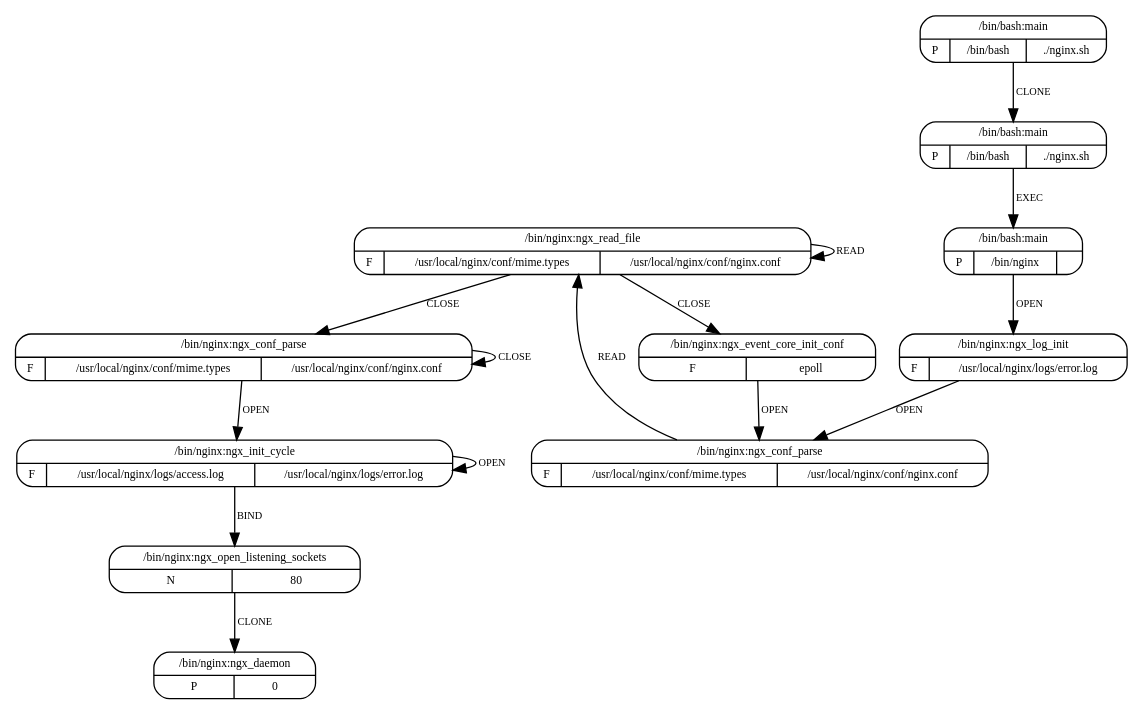
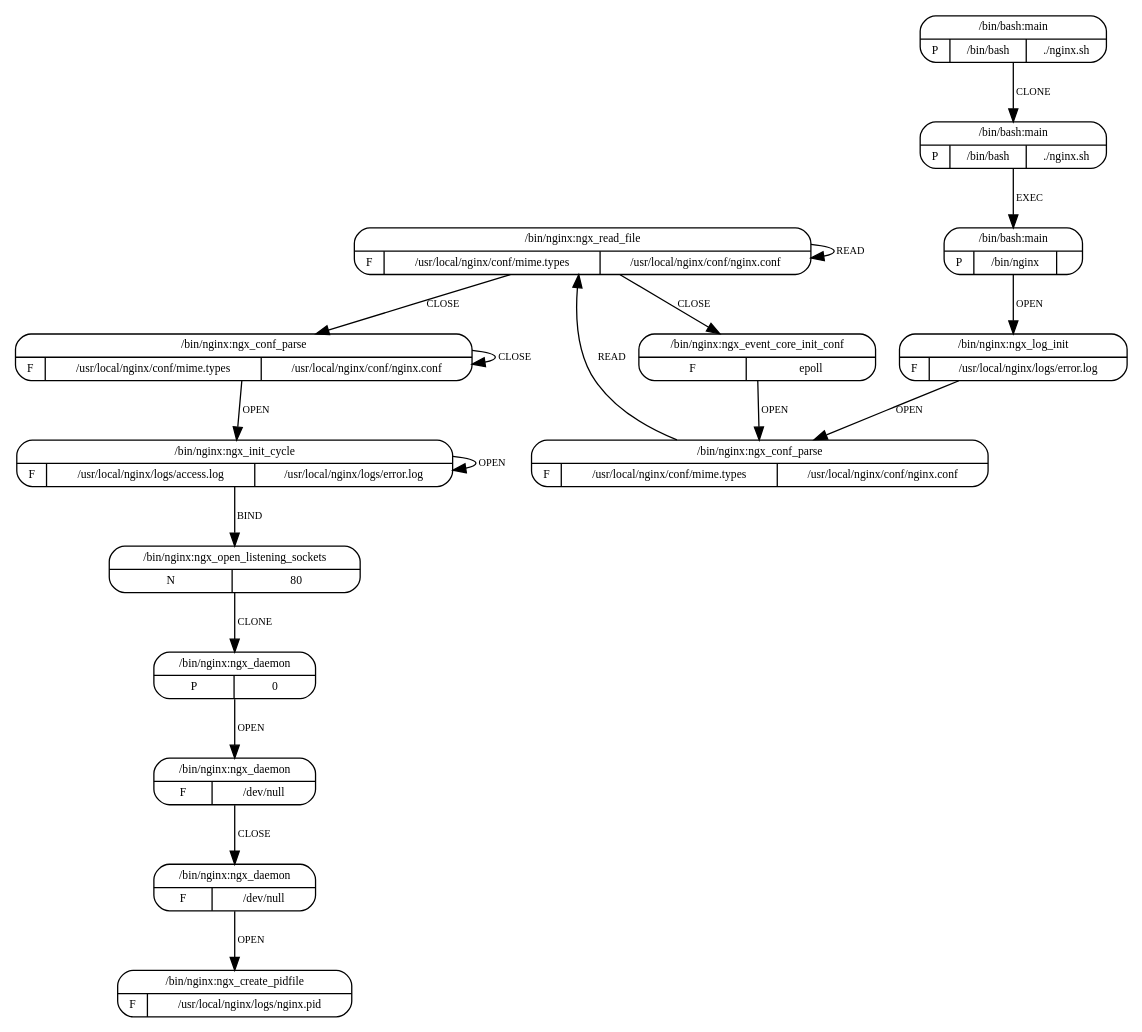
The diagram in plugins/mrm/resources/models/nginx.dot (sysflow-telemetry/upolicycraft), drawn with Graphviz before and after one commit. The commit also changed 15 other files, not shown here.

```diff
--- a/plugins/mrm/resources/models/nginx.dot
+++ b/plugins/mrm/resources/models/nginx.dot
@@ -1,44 +1,54 @@
 digraph G {
   4 [shape=Mrecord,
      label="{{/bin/nginx:ngx_read_file}|{F|{/usr/local/nginx/conf/mime.types}|{/usr/local/nginx/conf/nginx.conf}}}",
      fontsize=9, ];
-  9 [shape=Mrecord, label="{{/bin/nginx:ngx_event_core_init_conf}|{F|{epoll}}}",
-     fontsize=9, ];
+  11 [shape=Mrecord,
+      label="{{/bin/nginx:ngx_create_pidfile}|{F|{/usr/local/nginx/logs/nginx.pid}}}",
+      fontsize=9, ];
+  12 [shape=Mrecord, label="{{/bin/nginx:ngx_event_core_init_conf}|{F|{epoll}}}",
+      fontsize=9, ];
   5 [shape=Mrecord,
      label="{{/bin/nginx:ngx_conf_parse}|{F|{/usr/local/nginx/conf/mime.types}|{/usr/local/nginx/conf/nginx.conf}}}",
      fontsize=9, ];
-  10 [shape=Mrecord,
+  13 [shape=Mrecord,
       label="{{/bin/nginx:ngx_conf_parse}|{F|{/usr/local/nginx/conf/mime.types}|{/usr/local/nginx/conf/nginx.conf}}}",
       fontsize=9, ];
   6 [shape=Mrecord,
      label="{{/bin/nginx:ngx_init_cycle}|{F|{/usr/local/nginx/logs/access.log}|{/usr/local/nginx/logs/error.log}}}",
      fontsize=9, ];
   7 [shape=Mrecord, label="{{/bin/nginx:ngx_open_listening_sockets}|{N|{80}}}",
      fontsize=9, ];
   8 [shape=Mrecord, label="{{/bin/nginx:ngx_daemon}|{P|0}}", fontsize=9, ];
+  9 [shape=Mrecord, label="{{/bin/nginx:ngx_daemon}|{F|{/dev/null}}}",
+     fontsize=9, ];
+  10 [shape=Mrecord, label="{{/bin/nginx:ngx_daemon}|{F|{/dev/null}}}",
+      fontsize=9, ];
   3 [shape=Mrecord,
      label="{{/bin/nginx:ngx_log_init}|{F|{/usr/local/nginx/logs/error.log}}}",
      fontsize=9, ];
   0 [shape=Mrecord, label="{{/bin/bash:main}|{P|/bin/bash|./nginx.sh}}",
      fontsize=9, ];
   1 [shape=Mrecord, label="{{/bin/bash:main}|{P|/bin/bash|./nginx.sh}}",
      fontsize=9, ];
   2 [shape=Mrecord, label="{{/bin/bash:main}|{P|/bin/nginx|}}", fontsize=9, ];
   
   
   4 -> 4 [label="READ", fontsize=8, ];
-  4 -> 9 [label="CLOSE", fontsize=8, ];
+  4 -> 12 [label="CLOSE", fontsize=8, ];
   4 -> 5 [label="CLOSE", fontsize=8, ];
-  9 -> 10 [label="OPEN", fontsize=8, ];
+  12 -> 13 [label="OPEN", fontsize=8, ];
   5 -> 5 [label="CLOSE", fontsize=8, ];
   5 -> 6 [label="OPEN", fontsize=8, ];
-  10 -> 4 [label="READ", fontsize=8, ];
+  13 -> 4 [label="READ", fontsize=8, ];
   6 -> 6 [label="OPEN", fontsize=8, ];
   6 -> 7 [label="BIND", fontsize=8, ];
   7 -> 8 [label="CLONE", fontsize=8, ];
-  3 -> 10 [label="OPEN", fontsize=8, ];
+  8 -> 9 [label="OPEN", fontsize=8, ];
+  9 -> 10 [label="CLOSE", fontsize=8, ];
+  10 -> 11 [label="OPEN", fontsize=8, ];
+  3 -> 13 [label="OPEN", fontsize=8, ];
   0 -> 1 [label="CLONE", fontsize=8, ];
   1 -> 2 [label="EXEC", fontsize=8, ];
   2 -> 3 [label="OPEN", fontsize=8, ];
   
   }
```
